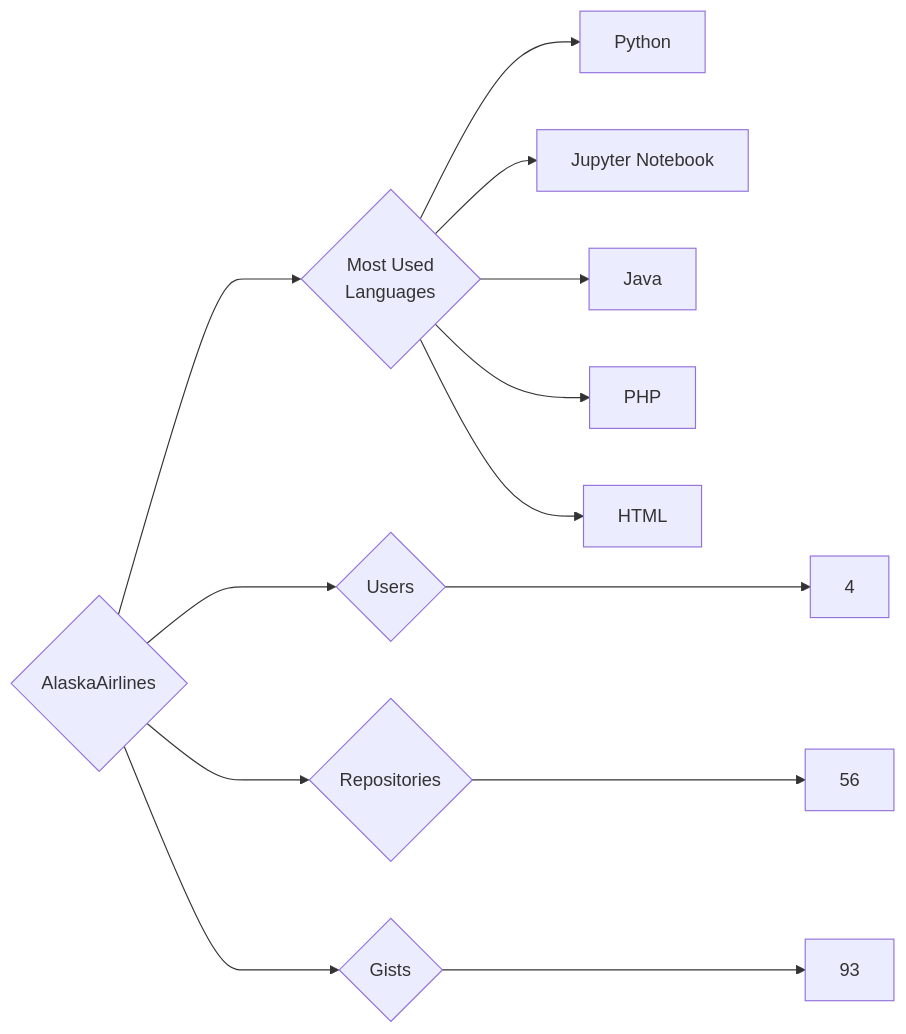
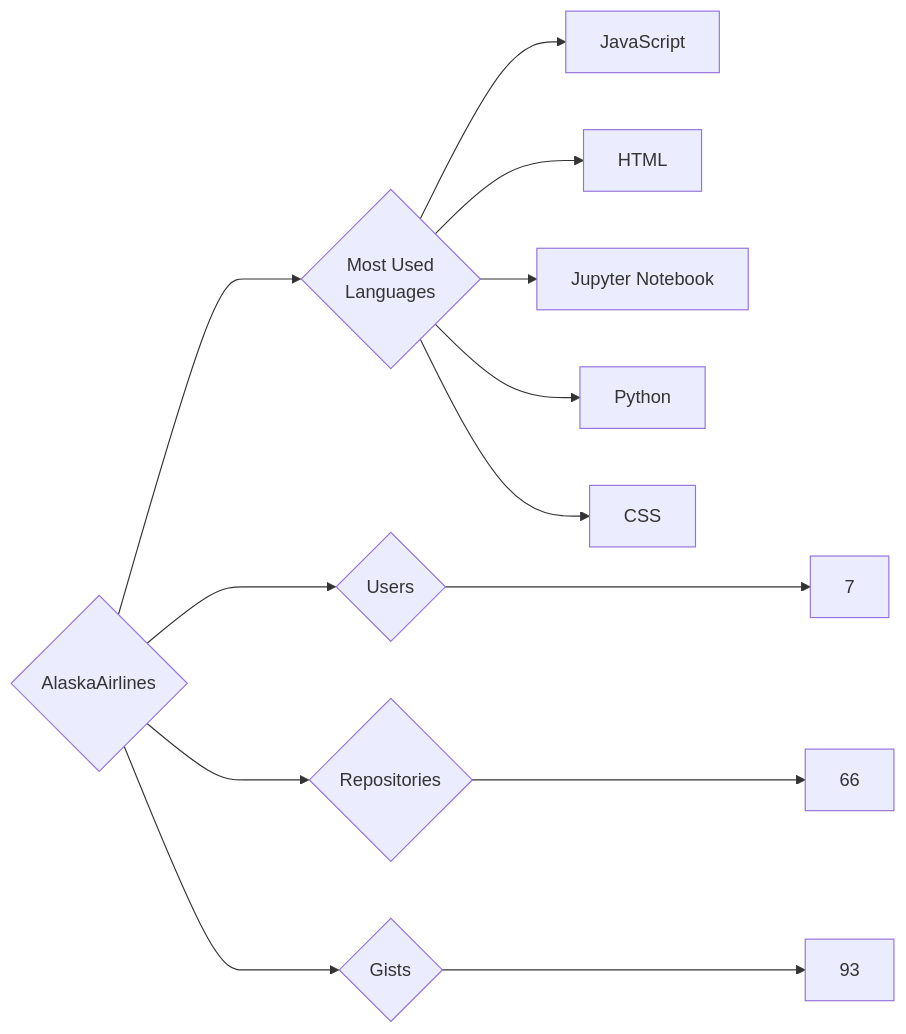
The diagram in targets/AlaskaAirlines/README.md (trickest/insiders), drawn with Mermaid before and after one commit. The commit also changed 1212 other files, not shown here.

````diff
--- a/targets/AlaskaAirlines/README.md
+++ b/targets/AlaskaAirlines/README.md
@@ -3,13 +3,13 @@
 ```mermaid
 graph LR
 COMPANY_NAME{AlaskaAirlines}
-COMPANY_NAME ---> U{Users} ---> UN[4]
-COMPANY_NAME ---> R{Repositories} ---> RN[56]
+COMPANY_NAME ---> U{Users} ---> UN[7]
+COMPANY_NAME ---> R{Repositories} ---> RN[66]
 COMPANY_NAME ---> G{Gists} ---> GN[93]
 COMPANY_NAME ---> ML{Most Used<br>Languages}
+ML --> JavaScript[JavaScript]
+ML --> HTML[HTML]
+ML --> Jupyter_Notebook[Jupyter Notebook]
 ML --> Python[Python]
-ML --> Jupyter_Notebook[Jupyter Notebook]
-ML --> Java[Java]
-ML --> PHP[PHP]
-ML --> HTML[HTML]
+ML --> CSS[CSS]
 ```
````
